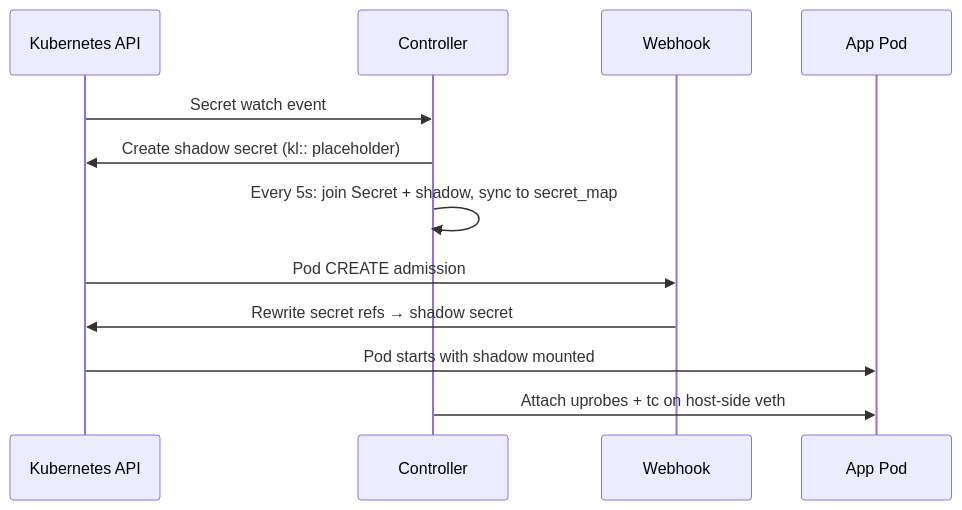
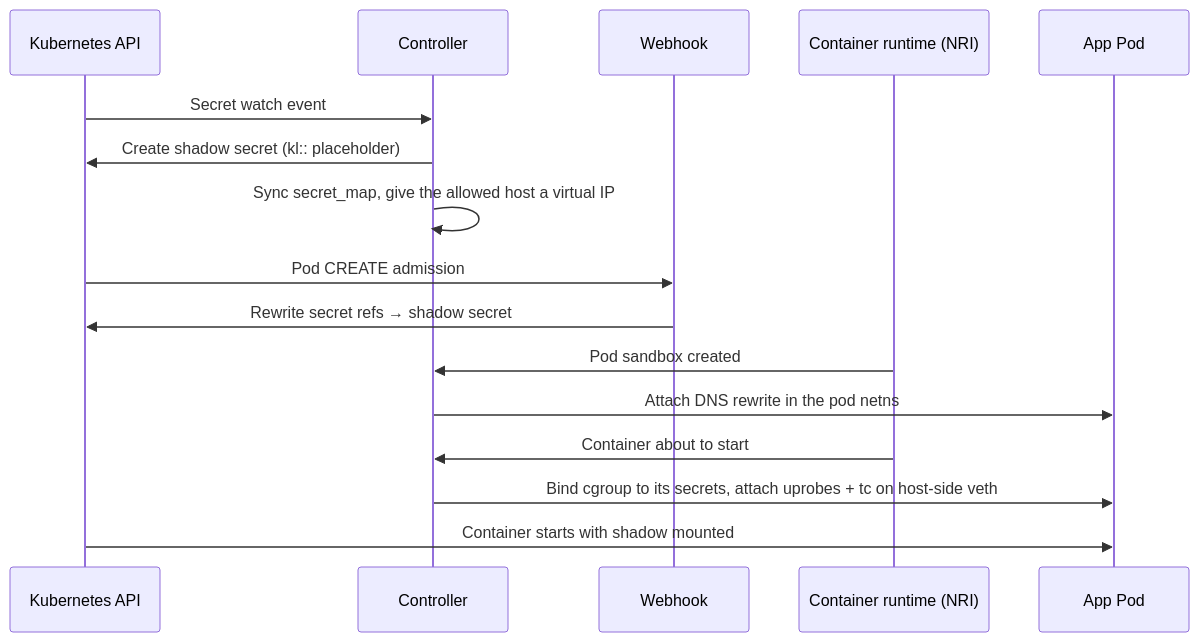
Before and after one commit to spinningfactory/kloak-web: the first of 2 diagrams in docs/architecture/overview.md, drawn with Mermaid. The commit also changed other lines of this file and 78 other files, not shown here.

````diff
--- a/docs/architecture/overview.md
+++ b/docs/architecture/overview.md
@@ -105,15 +114,19 @@
 ```mermaid
 sequenceDiagram
     participant K8s as Kubernetes API
     participant Ctrl as Controller
     participant WH as Webhook
+    participant CRI as Container runtime (NRI)
     participant App as App Pod
 
     K8s->>Ctrl: Secret watch event
     Ctrl->>K8s: Create shadow secret (kl:: placeholder)
-    Ctrl->>Ctrl: Every 5s: join Secret + shadow, sync to secret_map
+    Ctrl->>Ctrl: Sync secret_map, give the allowed host a virtual IP
     K8s->>WH: Pod CREATE admission
     WH->>K8s: Rewrite secret refs → shadow secret
-    K8s->>App: Pod starts with shadow mounted
-    Ctrl->>App: Attach uprobes + tc on host-side veth
+    CRI->>Ctrl: Pod sandbox created
+    Ctrl->>App: Attach DNS rewrite in the pod netns
+    CRI->>Ctrl: Container about to start
+    Ctrl->>App: Bind cgroup to its secrets, attach uprobes + tc on host-side veth
+    K8s->>App: Container starts with shadow mounted
 ```
````
